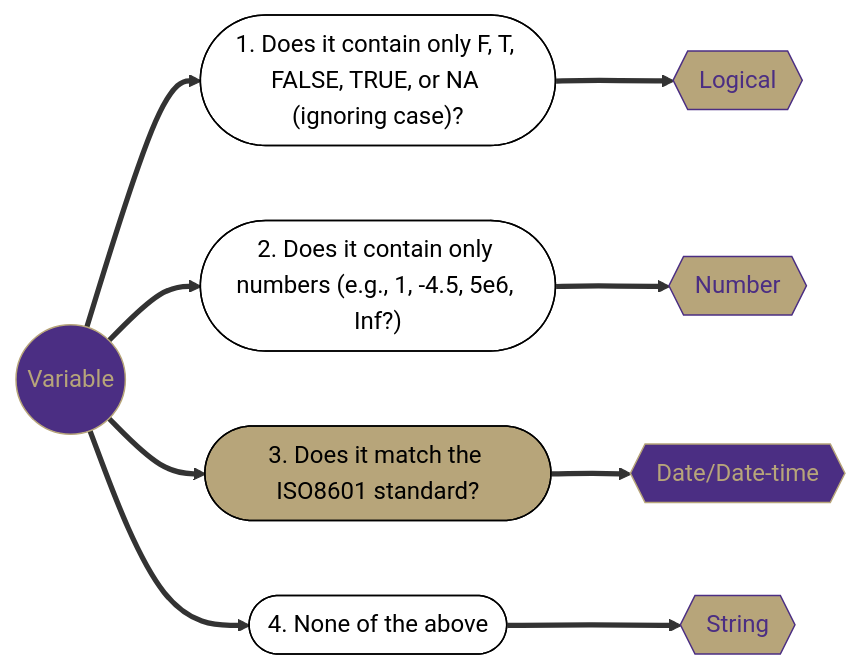
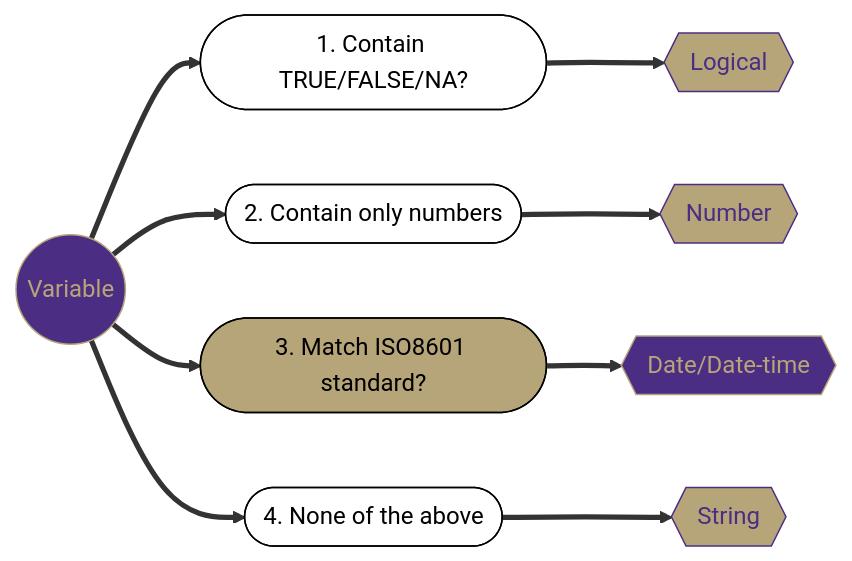
The fourth of 5 diagrams in workshops/data_wrangling_r.qmd (vsass/vsass.github.io), drawn with Mermaid before and after one commit. The commit also changed other lines of this file and 9 other files, not shown here.

````diff
--- a/workshops/data_wrangling_r.qmd
+++ b/workshops/data_wrangling_r.qmd
@@ -420,21 +420,21 @@
 ```{mermaid}
 %%| echo: false
 %%| fig-width: 11
-%%| fig-height: 5.5
+%%| fig-height: 8
 %%| fig-align: center
 flowchart LR
-    id1((Variable))==>A(["1. Does it contain only F, T, FALSE, TRUE, or NA (ignoring case)?"])==>id2{{Logical}}
-    id1((Variable))==>B(["2. Does it contain only numbers (e.g., 1, -4.5, 5e6, Inf?)"])==>id3{{Number}}
-    id1((Variable))==>C(["3. Does it match the ISO8601 standard?"])==>id4{{Date/Date-time}}
+    id1((Variable))==>A(["1. Contain TRUE/FALSE/NA?"])==>id2{{Logical}}
+    id1((Variable))==>B(["2. Contain only numbers"])==>id3{{Number}}
+    id1((Variable))==>C(["3. Match ISO8601 standard?"])==>id4{{Date/Date-time}}
     id1((Variable))==>D(["4. None of the above"])==>id5{{String}}
     style id1 fill:#4B2E83,color:#B7A57A,stroke:#B7A57A
     style id2 fill:#B7A57A,color:#4B2E83,stroke:#4B2E83
     style id3 fill:#B7A57A,color:#4B2E83,stroke:#4B2E83
     style id4 fill:#4B2E83,color:#B7A57A,stroke:#B7A57A
     style id5 fill:#B7A57A,color:#4B2E83,stroke:#4B2E83
     style A fill:#FFFFFF,color:#000000,stroke:#000000
     style B fill:#FFFFFF,color:#000000,stroke:#000000
     style C fill:#B7A57A,color:#000000,stroke:#000000
     style D fill:#FFFFFF,color:#000000,stroke:#000000
 
 ```
````
